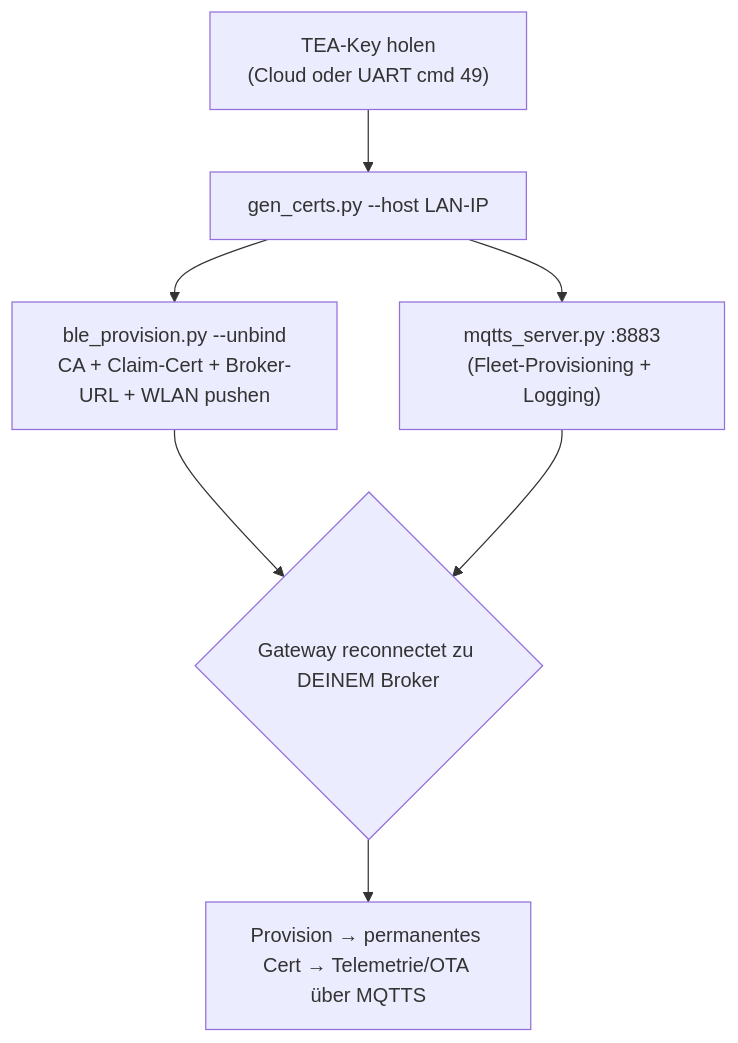
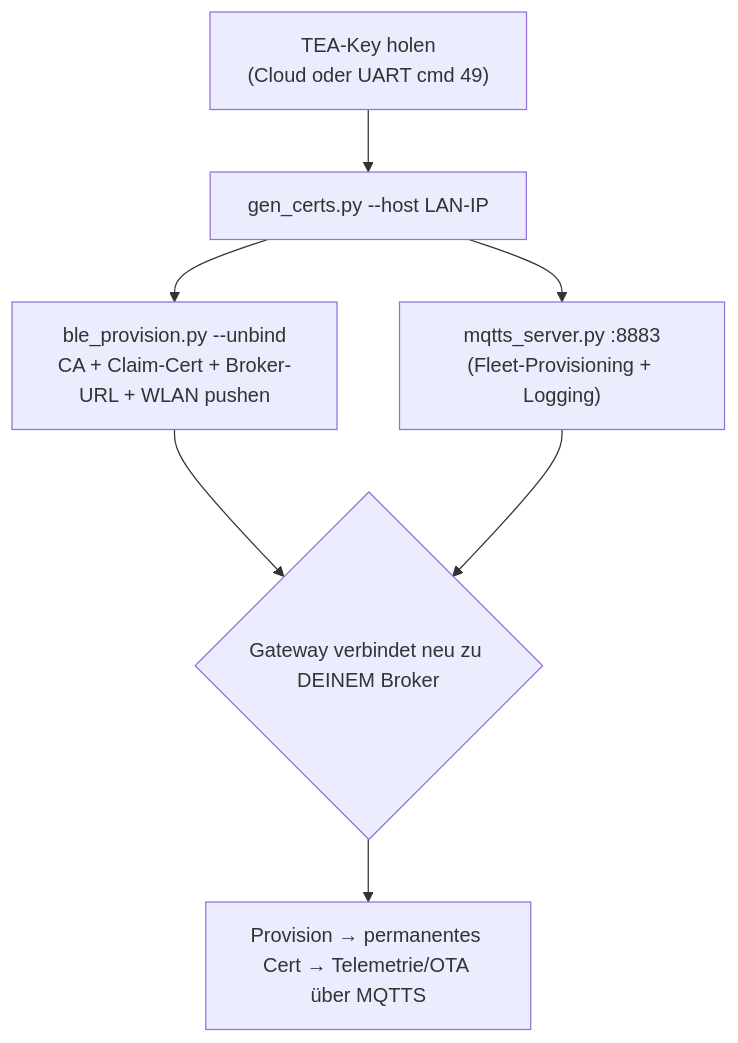
Before and after one commit to atc1441/OBI_Energy_Tracker_Local_Cloud: the second of 2 diagrams in de/04-eigene-cloud.md, drawn with Mermaid. The commit also changed other lines of this file and 30 other files, not shown here.

````diff
--- a/de/04-eigene-cloud.md
+++ b/de/04-eigene-cloud.md
@@ -71,9 +71,9 @@
 ```mermaid
 flowchart TD
     K["TEA-Key holen<br/>(Cloud oder UART cmd 49)"] --> G["gen_certs.py --host LAN-IP"]
     G --> S["mqtts_server.py :8883<br/>(Fleet-Provisioning + Logging)"]
     G --> P["ble_provision.py --unbind<br/>CA + Claim-Cert + Broker-URL + WLAN pushen"]
-    P --> D{Gateway reconnectet zu DEINEM Broker}
+    P --> D{Gateway verbindet neu zu DEINEM Broker}
     S --> D
     D --> T["Provision → permanentes Cert → Telemetrie/OTA über MQTTS"]
 ```
````
